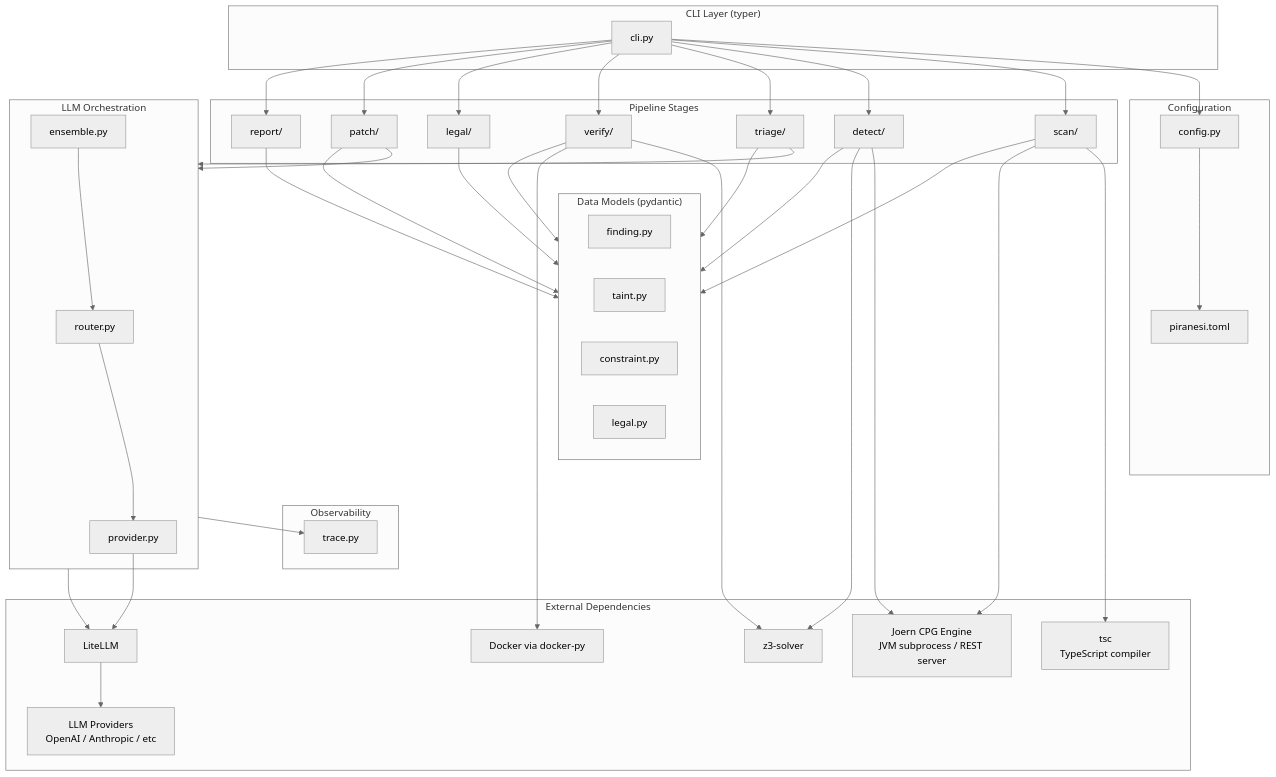
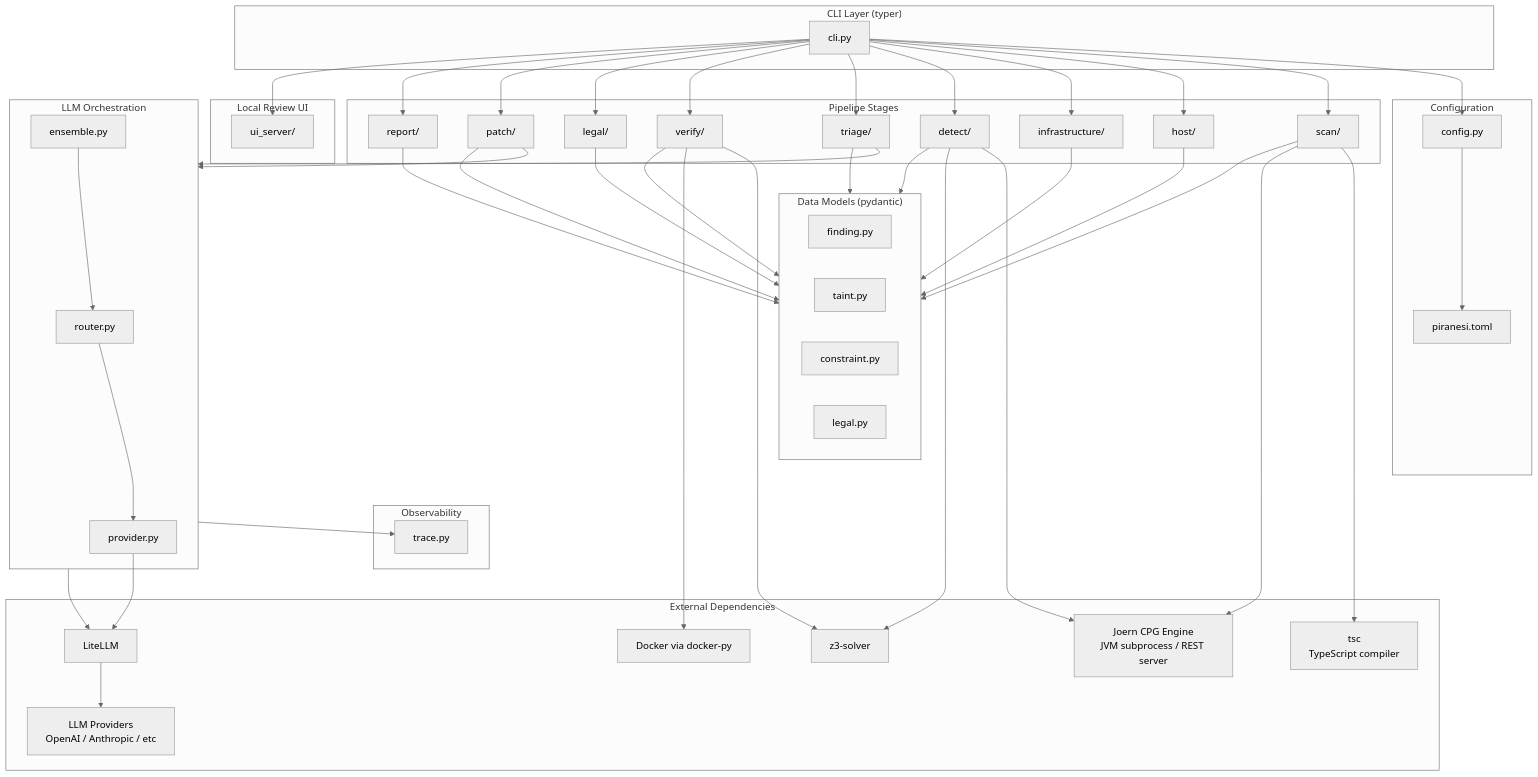
The diagram in docs/ARCHITECTURE.md (gongahkia/onibi), drawn with Mermaid (neutral theme) before and after one commit. The commit also changed other lines of this file and 67 other files, not shown here.

```diff
--- a/docs/ARCHITECTURE.md
+++ b/docs/ARCHITECTURE.md
@@ -35,6 +52,8 @@
     end
 
     subgraph Pipeline["Pipeline Stages"]
+        HOST[host/]
+        INFRA[infrastructure/]
         SCAN[scan/]
         DETECT[detect/]
         TRIAGE[triage/]
@@ -42,6 +61,10 @@
         LEGAL[legal/]
         PATCH[patch/]
         REPORT[report/]
+    end
+
+    subgraph LocalUI["Local Review UI"]
+        UISERVER[ui_server/]
     end
 
     subgraph Models["Data Models (pydantic)"]
@@ -69,13 +92,18 @@
     CMD --> CFGLOAD
     CFGLOAD --> TOML
     CMD --> SCAN
+    CMD --> HOST
+    CMD --> INFRA
     CMD --> DETECT
     CMD --> TRIAGE
     CMD --> VERIFY
     CMD --> LEGAL
     CMD --> PATCH
     CMD --> REPORT
+    CMD --> UISERVER
 
+    HOST --> Models
+    INFRA --> Models
     SCAN --> TSC
     SCAN --> JOERN
     DETECT --> JOERN
```
